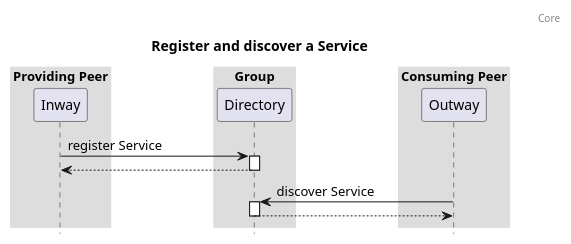
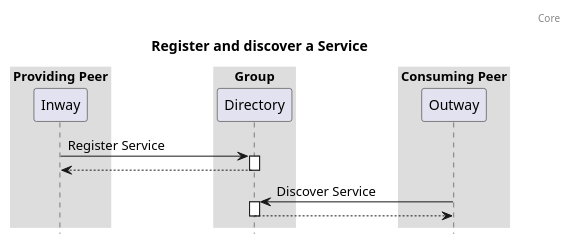
The diagram in diagrams/seq-service-discovery.puml (Logius-standaarden/fsc-core), drawn with PlantUML before and after one commit. The commit also changed 2 other files, not shown here.

```diff
--- a/diagrams/seq-service-discovery.puml
+++ b/diagrams/seq-service-discovery.puml
@@ -1,23 +1,23 @@
 @startuml
 
 header: Core
 title: Register and discover a Service
 
 box "Providing Peer"
   participant "Inway" as inway
 end box
 box "Group"
   participant "Directory" as directory
 end box
 box "Consuming Peer"
   participant "Outway" as outway
 end box
-inway -> directory ++ : register Service
+inway -> directory ++ : Register Service
 return
-outway -> directory ++ : discover Service
+outway -> directory ++ : Discover Service
 return
 
 skinparam sequenceBoxBorderColor #transparent
 skinparam boxPadding 50
 hide footbox
 @enduml
```
